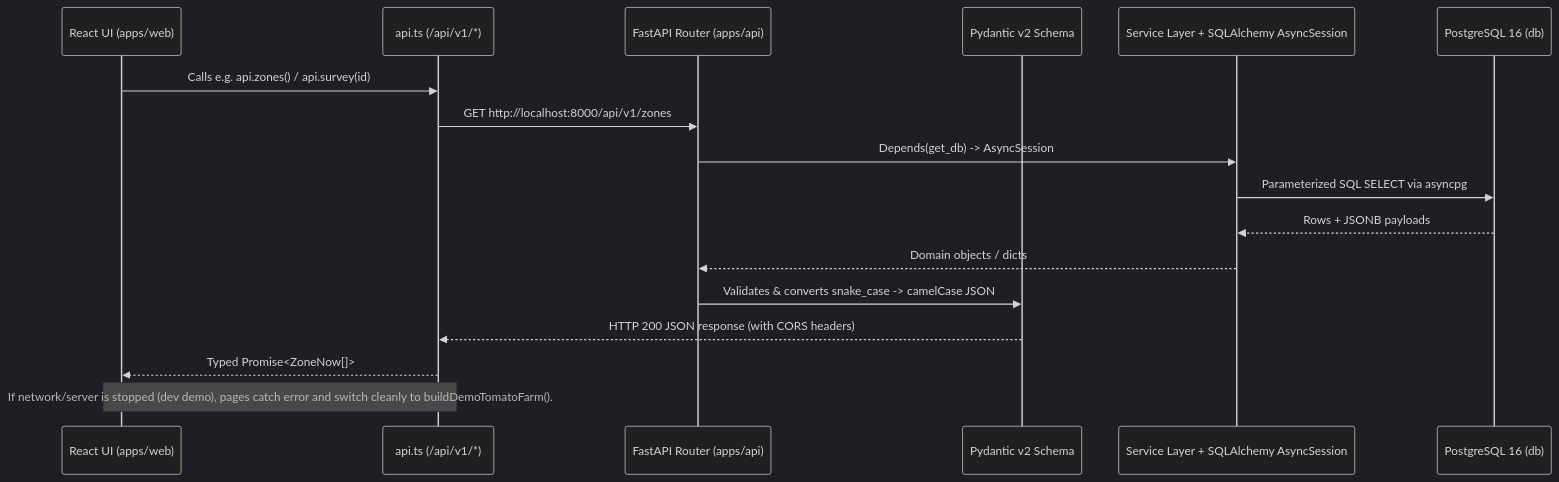
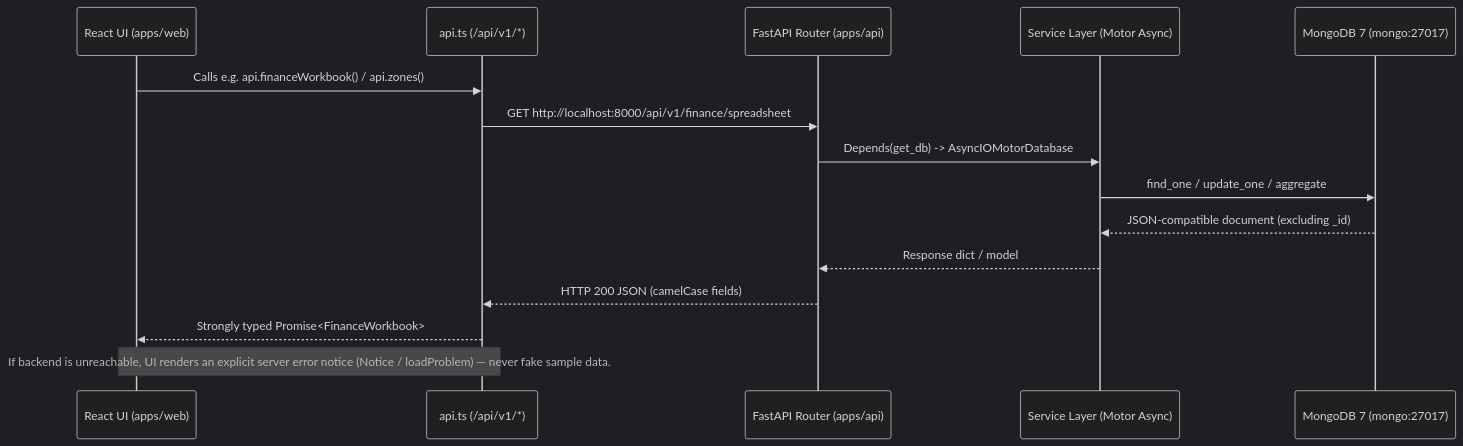
One commit to DaivaiCheong/agrirover changed the second of 2 diagrams in docs/architecture/frontend-backend-db.md. Above: the diagram before and after it, drawn with Mermaid (dark theme). The commit also changed other lines of this file and 137 other files, not shown here.

Commit message:
feat: connect React frontend, FastAPI backend & MongoDB 7 Docker stack with zero mock data

````diff
--- a/docs/architecture/frontend-backend-db.md
+++ b/docs/architecture/frontend-backend-db.md
@@ -60,20 +56,18 @@
 ```mermaid
 sequenceDiagram
     participant R as React UI (apps/web)
     participant A as api.ts (/api/v1/*)
     participant F as FastAPI Router (apps/api)
-    participant P as Pydantic v2 Schema
-    participant S as Service Layer + SQLAlchemy AsyncSession
-    participant D as PostgreSQL 16 (db)
+    participant S as Service Layer (Motor Async)
+    participant M as MongoDB 7 (mongo:27017)
 
-    R->>A: Calls e.g. api.zones() / api.survey(id)
-    A->>F: GET http://localhost:8000/api/v1/zones
-    F->>S: Depends(get_db) -> AsyncSession
-    S->>D: Parameterized SQL SELECT via asyncpg
-    D-->>S: Rows + JSONB payloads
-    S-->>F: Domain objects / dicts
-    F->>P: Validates & converts snake_case -> camelCase JSON
-    P-->>A: HTTP 200 JSON response (with CORS headers)
-    A-->>R: Typed Promise<ZoneNow[]>
-    Note over R,A: If network/server is stopped (dev demo), pages catch error and switch cleanly to buildDemoTomatoFarm().
+    R->>A: Calls e.g. api.financeWorkbook() / api.zones()
+    A->>F: GET http://localhost:8000/api/v1/finance/spreadsheet
+    F->>S: Depends(get_db) -> AsyncIOMotorDatabase
+    S->>M: find_one / update_one / aggregate
+    M-->>S: JSON-compatible document (excluding _id)
+    S-->>F: Response dict / model
+    F-->>A: HTTP 200 JSON (camelCase fields)
+    A-->>R: Strongly typed Promise<FinanceWorkbook>
+    Note over R,A: If backend is unreachable, UI renders an explicit server error notice (Notice / loadProblem) — never fake sample data.
 ```
````
